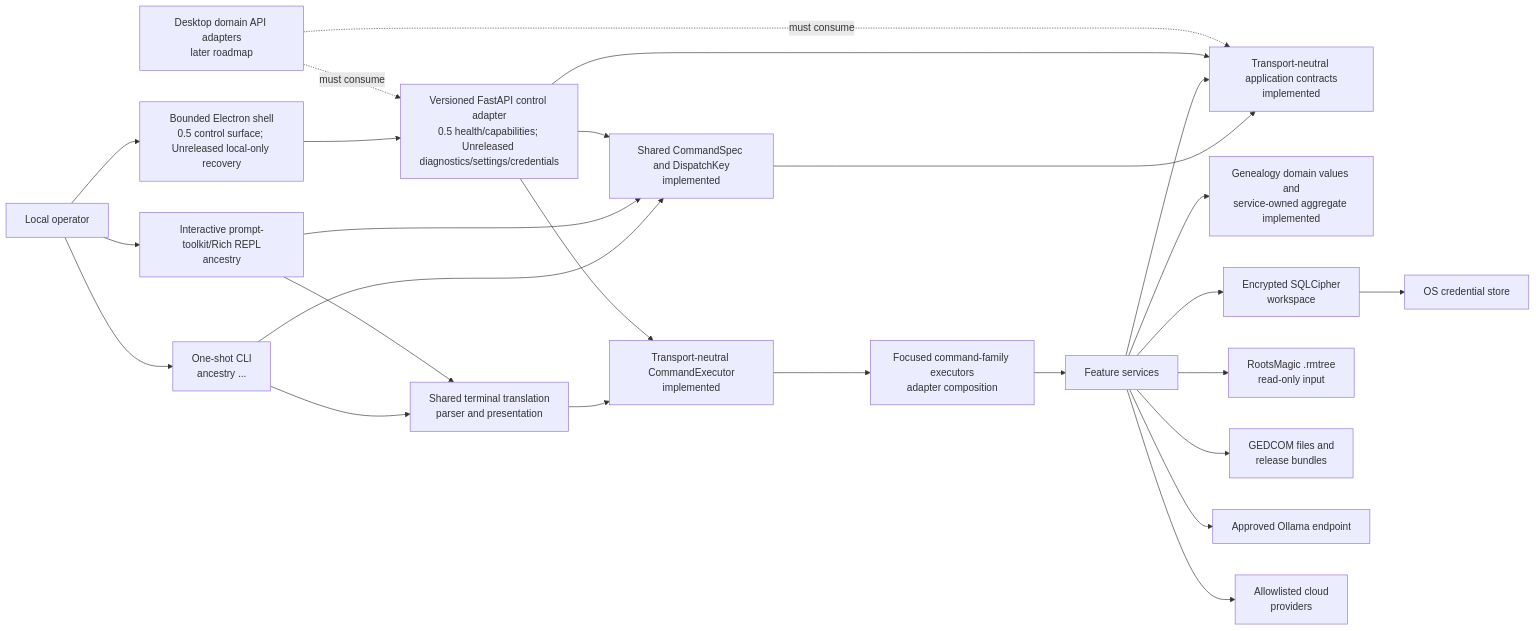
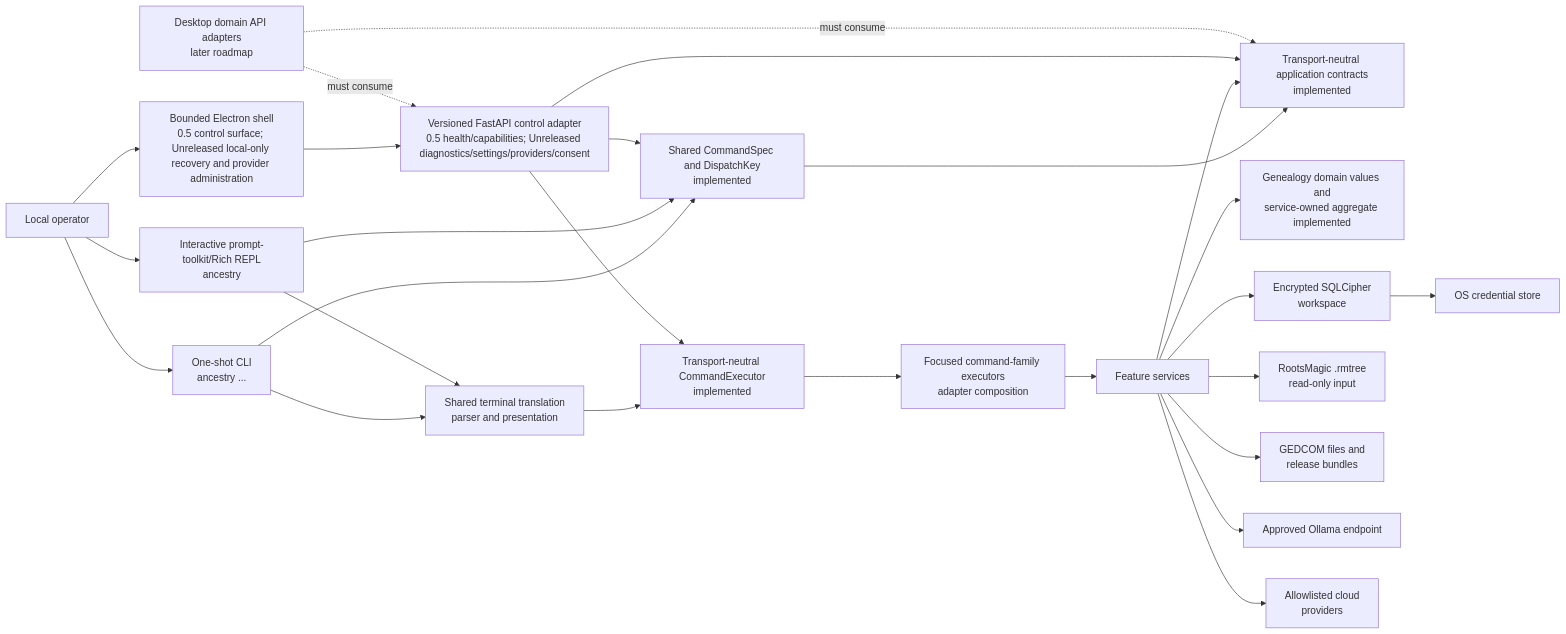
One commit to sodejm/AncestryLLM changed the first of 3 diagrams in ARCHITECTURE.md. Above: the diagram before and after it, drawn with Mermaid. The commit also changed other lines of this file and 43 other files, not shown here.

First line of the commit message:
feat(desktop): add provider settings and consent UX (#404)

````diff
--- a/ARCHITECTURE.md
+++ b/ARCHITECTURE.md
@@ -86,48 +89,48 @@
 ```mermaid
 flowchart LR
     Operator["Local operator"]
     CLI["One-shot CLI\nancestry ..."]
     Console["Interactive prompt-toolkit/Rich REPL\nancestry"]
     Specs["Shared CommandSpec and DispatchKey\nimplemented"]
     Contracts["Transport-neutral application contracts\nimplemented"]
     Terminal["Shared terminal translation\nparser and presentation"]
     Executor["Transport-neutral CommandExecutor\nimplemented"]
     Handlers["Focused command-family executors\nadapter composition"]
     Services["Feature services"]
     Domain["Genealogy domain values and\nservice-owned aggregate implemented"]
     Workspace["Encrypted SQLCipher\nworkspace"]
     Keyring["OS credential store"]
     RM["RootsMagic .rmtree\nread-only input"]
     GED["GEDCOM files and\nrelease bundles"]
     LocalLLM["Approved Ollama endpoint"]
     Cloud["Allowlisted cloud\nproviders"]
-    ControlAPI["Versioned FastAPI control adapter\n0.5 health/capabilities; Unreleased diagnostics/settings/credentials"]
-    Desktop["Bounded Electron shell\n0.5 control surface; Unreleased local-only recovery"]
+    ControlAPI["Versioned FastAPI control adapter\n0.5 health/capabilities; Unreleased diagnostics/settings/providers/consent"]
+    Desktop["Bounded Electron shell\n0.5 control surface; Unreleased local-only recovery and provider administration"]
     Future["Desktop domain API adapters\nlater roadmap"]
 
     Operator --> CLI
     Operator --> Console
     Operator --> Desktop
     CLI --> Specs
     Console --> Specs
     CLI --> Terminal
     Console --> Terminal
     Terminal --> Executor
     Executor --> Handlers
     Handlers --> Services
     Specs --> Contracts
     Services --> Contracts
     Services --> Domain
     Services --> Workspace
     Workspace --> Keyring
     Services --> RM
     Services --> GED
     Services --> LocalLLM
     Services --> Cloud
     Desktop --> ControlAPI
     ControlAPI --> Specs
     ControlAPI --> Contracts
     ControlAPI --> Executor
     Future -. "must consume" .-> ControlAPI
     Future -. "must consume" .-> Contracts
 ```
````
